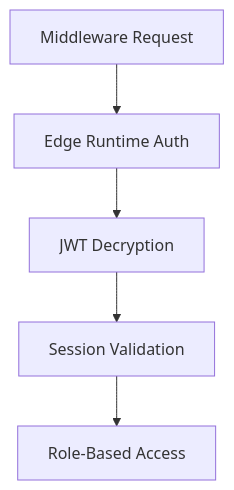
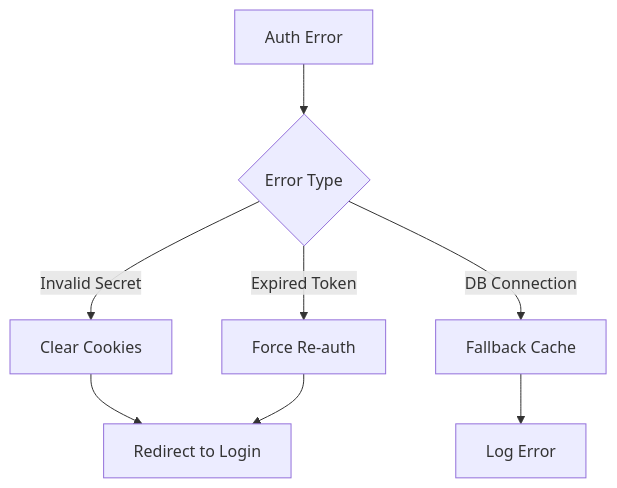
Before and after one commit to Asch5/keystroke_app: the second of 2 diagrams in documentation/AUTH_SYSTEM.md, drawn with Mermaid. The commit also changed other lines of this file and 4 other files, not shown here.

````diff
--- a/documentation/AUTH_SYSTEM.md
+++ b/documentation/AUTH_SYSTEM.md
@@ -17,7 +139,10 @@
 ```mermaid
 graph TD
-    A[Middleware Request] --> B[Edge Runtime Auth]
-    B --> C[JWT Decryption]
-    C --> D[Session Validation]
-    D --> E[Role-Based Access]
+    A[Auth Error] --> B{Error Type}
+    B -->|Invalid Secret| C[Clear Cookies]
+    B -->|Expired Token| D[Force Re-auth]
+    B -->|DB Connection| E[Fallback Cache]
+    C --> F[Redirect to Login]
+    D --> F
+    E --> G[Log Error]
 ```
````
